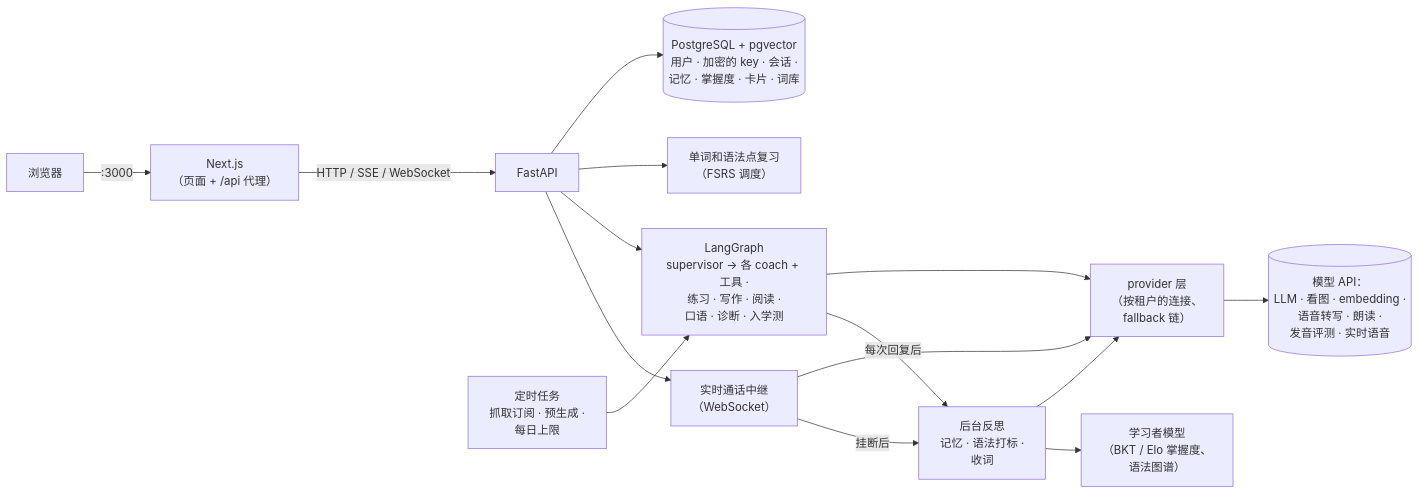
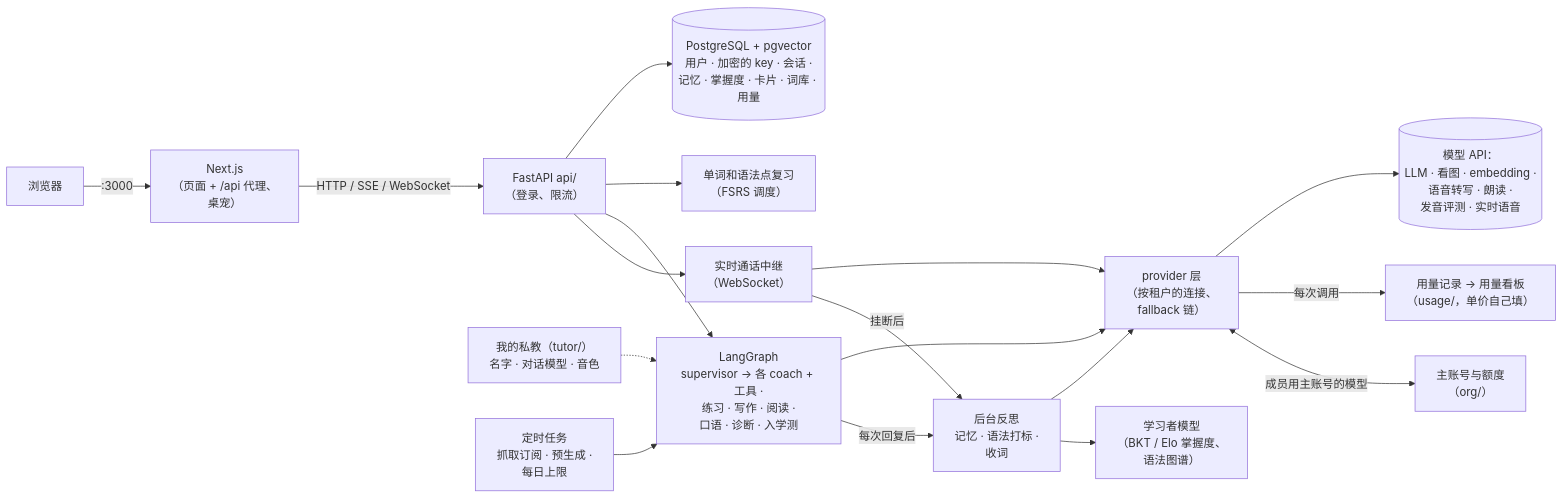
The first of 2 diagrams in README.zh-CN.md (YangD1/lingo-agent), drawn with Mermaid before and after one commit. The commit also changed other lines of this file and 3 other files, not shown here.

First line of the commit message:
docs: 任务 72.1 README 架构图补新模块，新增自适应闭环图

````diff
--- a/README.zh-CN.md
+++ b/README.zh-CN.md
@@ -149,17 +149,20 @@
 ```mermaid
 flowchart LR
-    B[浏览器] -->|:3000| F["Next.js<br/>（页面 + /api 代理）"]
-    F -->|"HTTP / SSE / WebSocket"| A[FastAPI]
+    B[浏览器] -->|:3000| F["Next.js<br/>（页面 + /api 代理、<br/>桌宠）"]
+    F -->|"HTTP / SSE / WebSocket"| A["FastAPI api/<br/>（登录、限流）"]
     A --> W
     A --> G["LangGraph<br/>supervisor → 各 coach + 工具 ·<br/>练习 · 写作 · 阅读 ·<br/>口语 · 诊断 · 入学测"]
+    T["我的私教（tutor/）<br/>名字 · 对话模型 · 音色"] -.-> G
     W["实时通话中继<br/>（WebSocket）"] -->|"挂断后"| R
     G -->|"每次回复后"| R["后台反思<br/>记忆 · 语法打标 ·<br/>收词"]
     R --> L["学习者模型<br/>（BKT / Elo 掌握度、<br/>语法图谱）"]
     A --> V["单词和语法点复习<br/>（FSRS 调度）"]
     S["定时任务<br/>抓取订阅 · 预生成 ·<br/>每日上限"] --> G
     G --> P["provider 层<br/>（按租户的连接、<br/>fallback 链）"]
     R --> P
     W --> P
+    P <-->|"成员用主账号的模型"| O["主账号与额度<br/>（org/）"]
+    P -->|"每次调用"| U["用量记录 → 用量看板<br/>（usage/，单价自己填）"]
     P --> M[("模型 API：<br/>LLM · 看图 · embedding ·<br/>语音转写 · 朗读 ·<br/>发音评测 · 实时语音")]
-    A --> D[("PostgreSQL + pgvector<br/>用户 · 加密的 key · 会话 ·<br/>记忆 · 掌握度 · 卡片 · 词库")]
+    A --> D[("PostgreSQL + pgvector<br/>用户 · 加密的 key · 会话 ·<br/>记忆 · 掌握度 · 卡片 · 词库 · 用量")]
 ```
````
